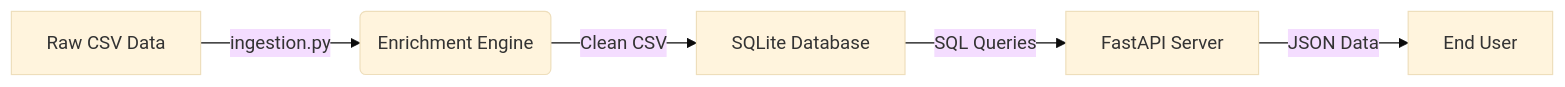
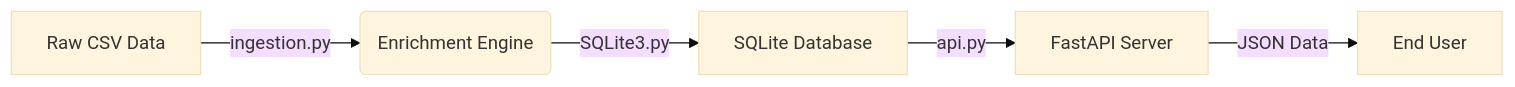
Before and after one commit to tanaypatel01032005/Big-Data-Engg: the diagram in README.md, drawn with Mermaid (base theme).

````diff
--- a/README.md
+++ b/README.md
@@ -24,7 +24,7 @@
 ```mermaid
 graph LR
     A[Raw CSV Data] -->|ingestion.py| B(Enrichment Engine)
-    B -->|Clean CSV| C[SQLite Database]
-    C -->|SQL Queries| D[FastAPI Server]
+    B -->|SQLite3.py| C[SQLite Database]
+    C -->|api.py| D[FastAPI Server]
     D -->|JSON Data| E[End User]
 ```
````
